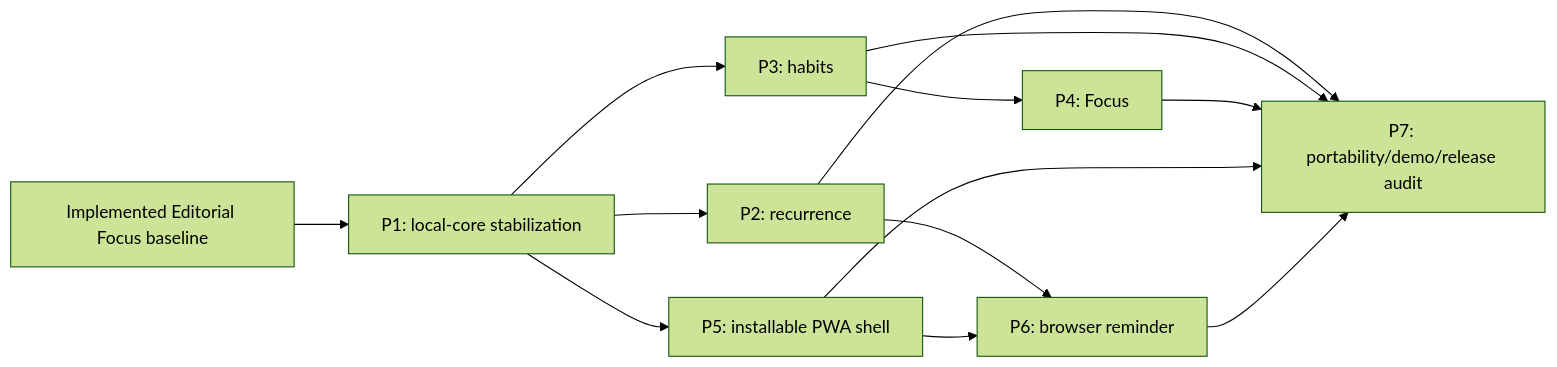
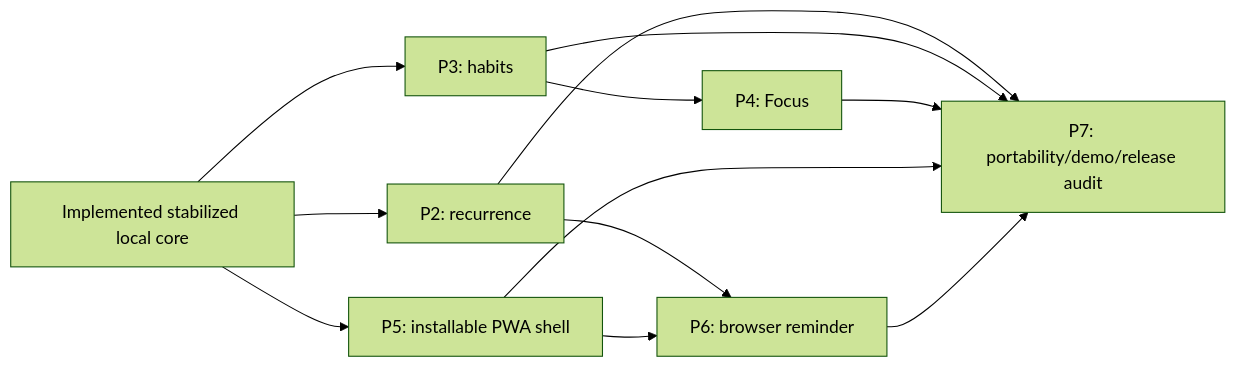
One commit to felixfirefighter/opentask changed the diagram in docs/IMPLEMENTATION_PLAN.md. Above: the diagram before and after it, drawn with Mermaid (forest theme). The commit also changed other lines of this file and 147 other files, not shown here.

Commit message:
feat: stabilize local planning core

````diff
--- a/docs/IMPLEMENTATION_PLAN.md
+++ b/docs/IMPLEMENTATION_PLAN.md
@@ -23,15 +24,14 @@
 ```mermaid
 flowchart LR
-    BASELINE["Implemented Editorial Focus baseline"] --> P1["P1: local-core stabilization"]
-    P1 --> P2["P2: recurrence"]
-    P1 --> P3["P3: habits"]
-    P1 --> P5["P5: installable PWA shell"]
+    BASELINE["Implemented stabilized local core"] --> P2["P2: recurrence"]
+    BASELINE --> P3["P3: habits"]
+    BASELINE --> P5["P5: installable PWA shell"]
     P3 --> P4["P4: Focus"]
     P2 --> P6["P6: browser reminder"]
     P5 --> P6
     P2 --> P7["P7: portability/demo/release audit"]
     P3 --> P7
     P4 --> P7
     P5 --> P7
     P6 --> P7
 ```
````
